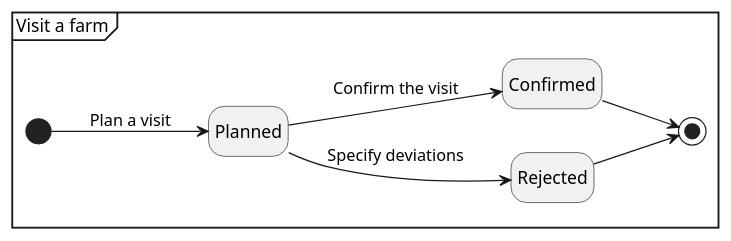
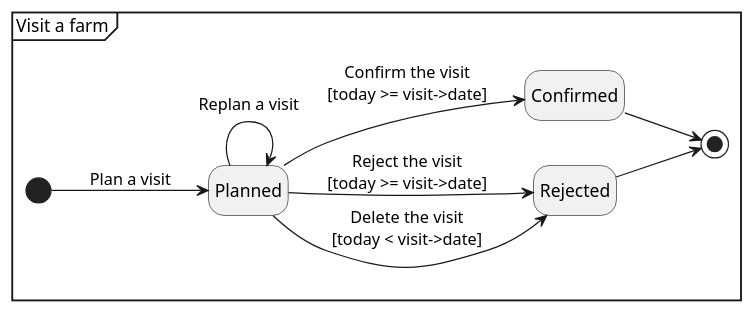
Before and after one commit to Astenna/DREAM: the diagram in RASD/uml/state.puml, drawn with PlantUML. The commit also changed 3 other files, not shown here.

Commit message:
UML diagram changes + algorithm fix

```diff
--- a/RASD/uml/state.puml
+++ b/RASD/uml/state.puml
@@ -1,20 +1,21 @@
 @startuml State
 
 mainframe Visit a farm
 hide empty description
 
 left to right direction
 
 state Planned
 state Confirmed
 state Rejected
 
-
 [*] --> Planned : Plan a visit
-Planned --> Confirmed : Confirm the visit
-Planned --> Rejected : Specify deviations
+Planned --> Planned : Replan a visit
+Planned --> Confirmed : Confirm the visit\n[today >= visit->date]
+Planned --> Rejected : Reject the visit\n[today >= visit->date]
+Planned --> Rejected : Delete the visit\n[today < visit->date]
 
 Rejected --> [*]
 Confirmed --> [*]
 
 @enduml
```
